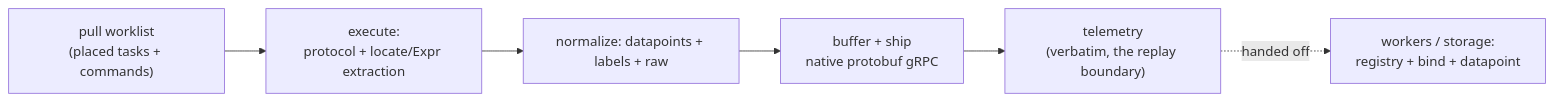
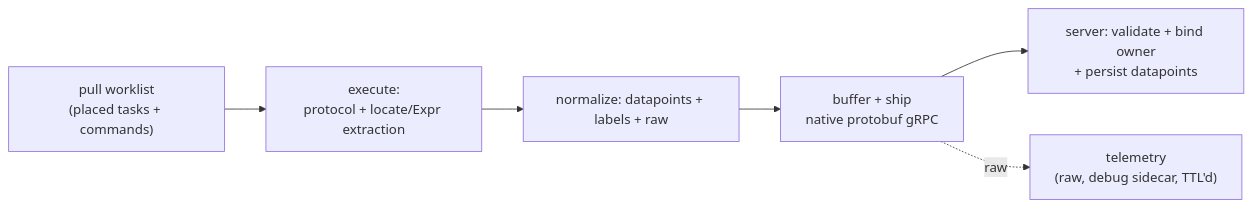
One commit to hyperscaleav/omniglass changed the diagram in docs/src/content/docs/architecture/nodes.md. Above: the diagram before and after it, drawn with Mermaid. The commit also changed other lines of this file and 10 other files, not shown here.

First line of the commit message:
docs(architecture): consistency sweep, fix 16 cross-doc findings

````diff
--- a/docs/src/content/docs/architecture/nodes.md
+++ b/docs/src/content/docs/architecture/nodes.md
@@ -367,8 +367,8 @@
 ```mermaid
 flowchart LR
   W["pull worklist<br/>(placed tasks + commands)"] --> X["execute:<br/>protocol + locate/Expr extraction"]
   X --> N["normalize: datapoints + labels + raw"]
   N --> S["buffer + ship<br/>native protobuf gRPC"]
-  S --> TE["telemetry<br/>(verbatim, the replay boundary)"]
-  TE -. handed off .-> WK["workers / storage:<br/>registry + bind + datapoint"]
+  S --> WK["server: validate + bind owner<br/>+ persist datapoints"]
+  S -.->|"raw"| TE["telemetry<br/>(raw, debug sidecar, TTL'd)"]
 ```
````
